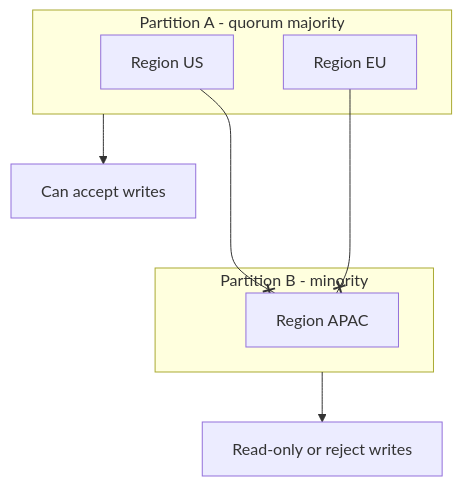
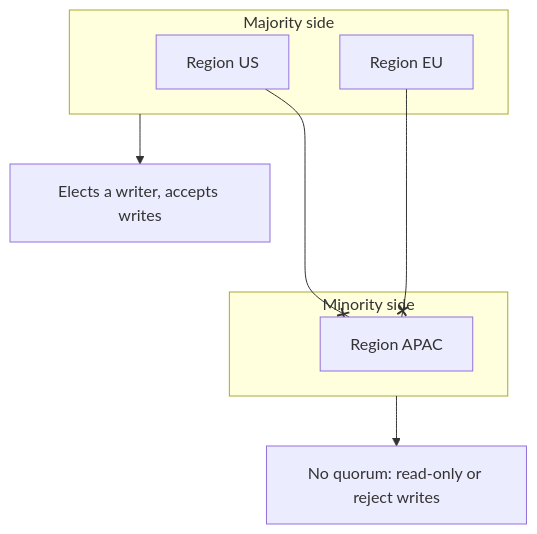
Before and after one commit to mohllal/system-design-interview-prep: the fifth of 5 diagrams in advanced/02-multi-region-replication.md, drawn with Mermaid. The commit also changed other lines of this file and 6 other files, not shown here.

````diff
--- a/advanced/02-multi-region-replication.md
+++ b/advanced/02-multi-region-replication.md
@@ -213,17 +283,17 @@
 ```mermaid
 graph TB
-    subgraph PartitionA[Partition A - quorum majority]
+    subgraph PartitionA[Majority side]
         A1[Region US]
         A2[Region EU]
     end
 
-    subgraph PartitionB[Partition B - minority]
+    subgraph PartitionB[Minority side]
         B1[Region APAC]
     end
 
     A1 ---x B1
     A2 ---x B1
 
-    PartitionA --> WA[Can accept writes]
-    PartitionB --> RO[Read-only or reject writes]
+    PartitionA --> WA[Elects a writer, accepts writes]
+    PartitionB --> RO[No quorum: read-only or reject writes]
 ```
````
